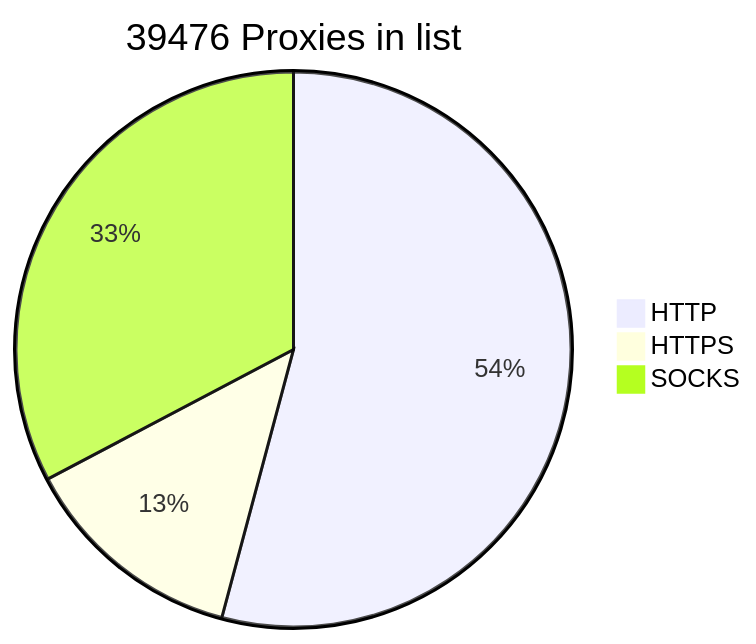
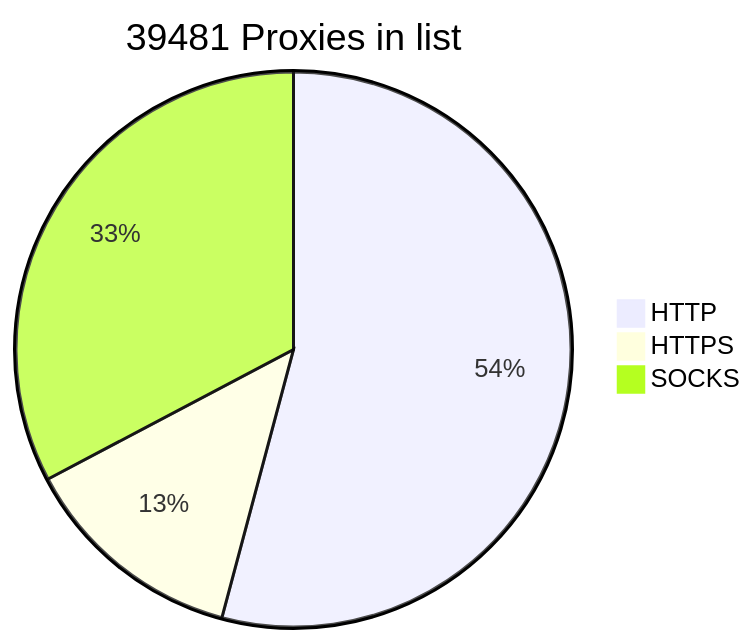
One commit to BlackSnowDot/proxylist-update-every-minute changed the diagram in README.md. Above: the diagram before and after it, drawn with Mermaid.

````diff
--- a/README.md
+++ b/README.md
@@ -2,6 +2,6 @@
 ```mermaid
-pie title 39476 Proxies in list
+pie title 39481 Proxies in list
     "HTTP" : 23687
     "HTTPS": 5738
-    "SOCKS" : 14310
+    "SOCKS" : 14315
 ```
````
